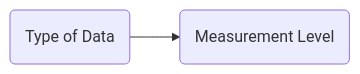
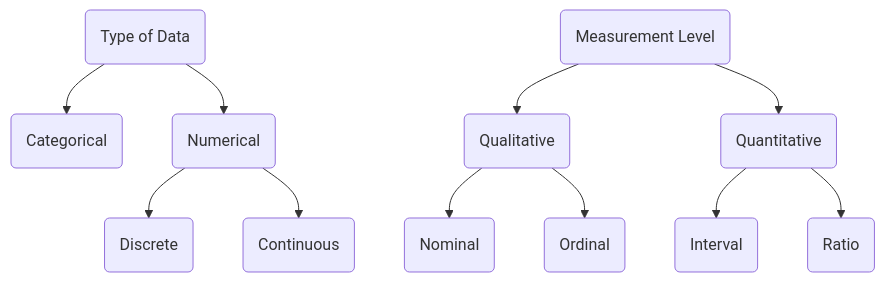
One commit to Garrik-Liu/my-notebook changed the diagram in docs/数学/统计学/1.md. Above: the diagram before and after it, drawn with Mermaid. The commit also changed 657 other files, not shown here.

````diff
--- a/docs/数学/统计学/1.md
+++ b/docs/数学/统计学/1.md
@@ -106,10 +106,32 @@
 ```mermaid
-
-graph LR;
+graph TD;
 
 A(Type of Data)
 B(Measurement Level)
 
+A1(Categorical)
+A2(Numerical)
+A21(Discrete)
+A22(Continuous)
 
-A --> B
+B1(Qualitative)
+B11(Nominal)
+B12(Ordinal)
+
+B2(Quantitative)
+B21(Interval)
+B22(Ratio)
+
+A --> A1
+A --> A2
+A2 --> A21
+A2 --> A22
+
+B --> B1
+B --> B2
+B1 --> B11
+B1 --> B12
+B2 --> B21
+B2 --> B22
+
 ```
````
